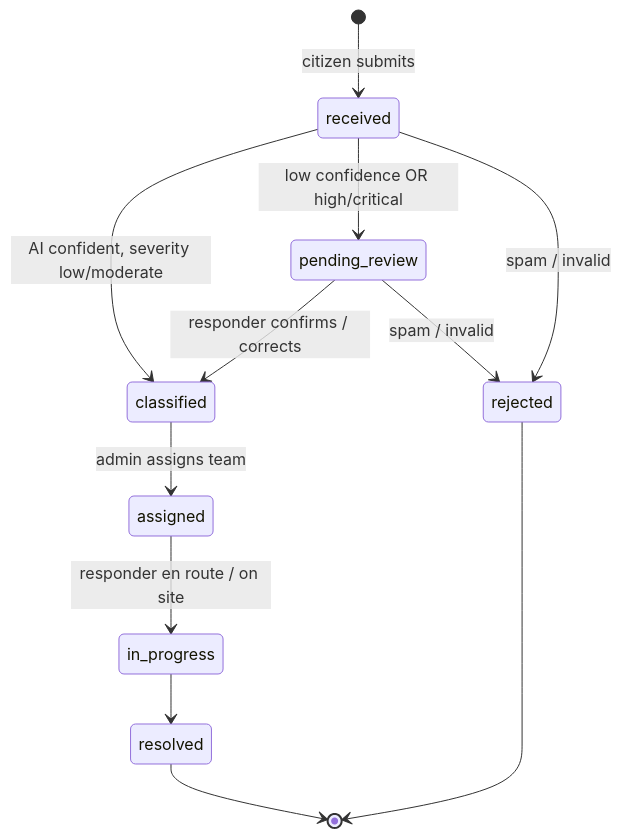
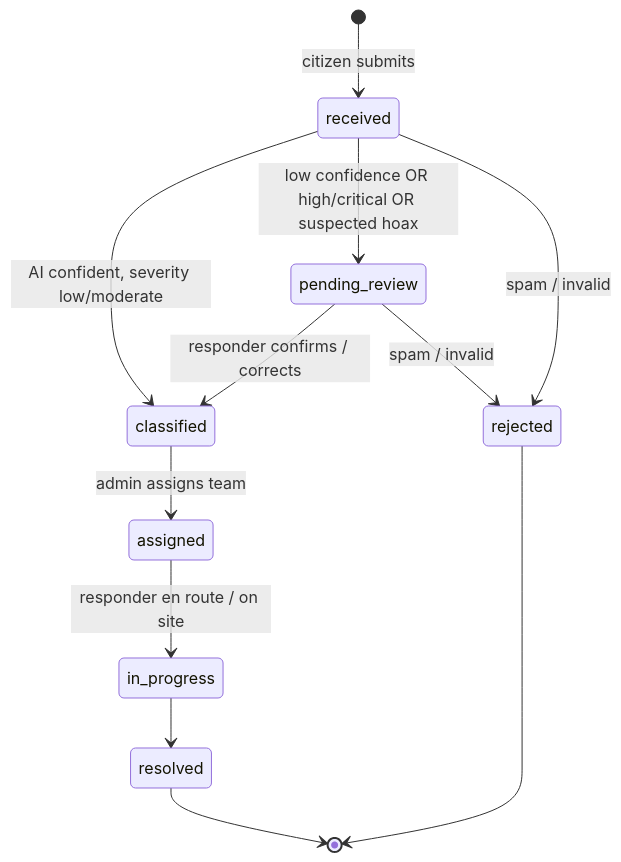
The second of 8 diagrams in docs/DOCUMENTATION.md (helidastar/SAGIP-AI), drawn with Mermaid before and after one commit. The commit also changed other lines of this file and 7 other files, not shown here.

````diff
--- a/docs/DOCUMENTATION.md
+++ b/docs/DOCUMENTATION.md
@@ -156,14 +157,14 @@
 ```mermaid
 stateDiagram-v2
     [*] --> received: citizen submits
     received --> classified: AI confident, severity low/moderate
-    received --> pending_review: low confidence OR high/critical
+    received --> pending_review: low confidence OR high/critical OR suspected hoax
     pending_review --> classified: responder confirms / corrects
     classified --> assigned: admin assigns team
     assigned --> in_progress: responder en route / on site
     in_progress --> resolved
     received --> rejected: spam / invalid
     pending_review --> rejected: spam / invalid
     resolved --> [*]
     rejected --> [*]
 ```
````
